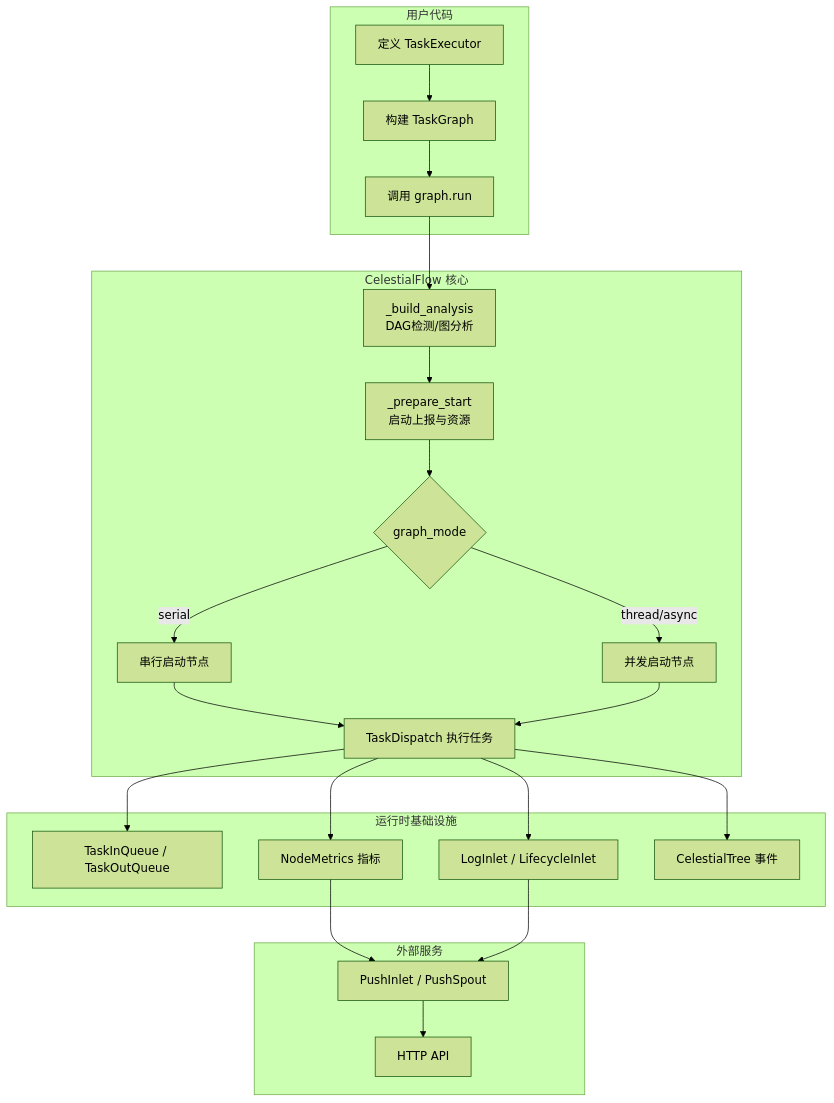
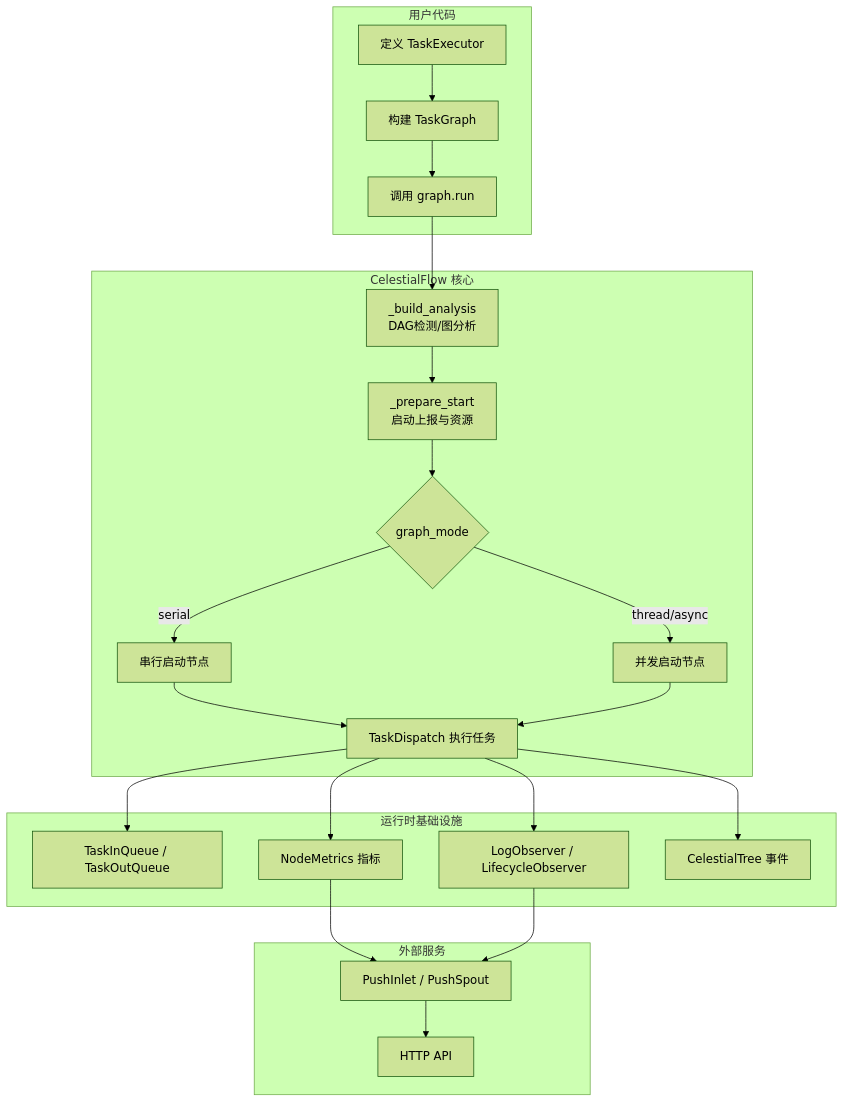
The first of 9 diagrams in docs/zh-CN/presentation.md (Mr-xiaotian/CelestialFlow), drawn with Mermaid (forest theme) before and after one commit. The commit also changed other lines of this file and 86 other files, not shown here.

````diff
--- a/docs/zh-CN/presentation.md
+++ b/docs/zh-CN/presentation.md
@@ -76,33 +76,33 @@
 ```mermaid
 graph TB
     subgraph 用户代码
         A[定义 TaskExecutor] --> B[构建 TaskGraph]
         B --> C[调用 graph.run]
     end
 
     subgraph CelestialFlow 核心
         C --> D[_build_analysis<br/>DAG检测/图分析]
         D --> E[_prepare_start<br/>启动上报与资源]
         E --> F{graph_mode}
         F -->|serial| G[串行启动节点]
         F -->|thread/async| H[并发启动节点]
         G --> I[TaskDispatch 执行任务]
         H --> I
     end
 
     subgraph 运行时基础设施
         I --> J[TaskInQueue / TaskOutQueue]
         I --> K[NodeMetrics 指标]
-        I --> L[LogInlet / LifecycleInlet]
+        I --> L[LogObserver / LifecycleObserver]
         I --> M[CelestialTree 事件]
     end
 
     subgraph 外部服务
         N[PushInlet / PushSpout]
         O[HTTP API]
     end
 
     K --> N
     L --> N
     N --> O
 ```
````
